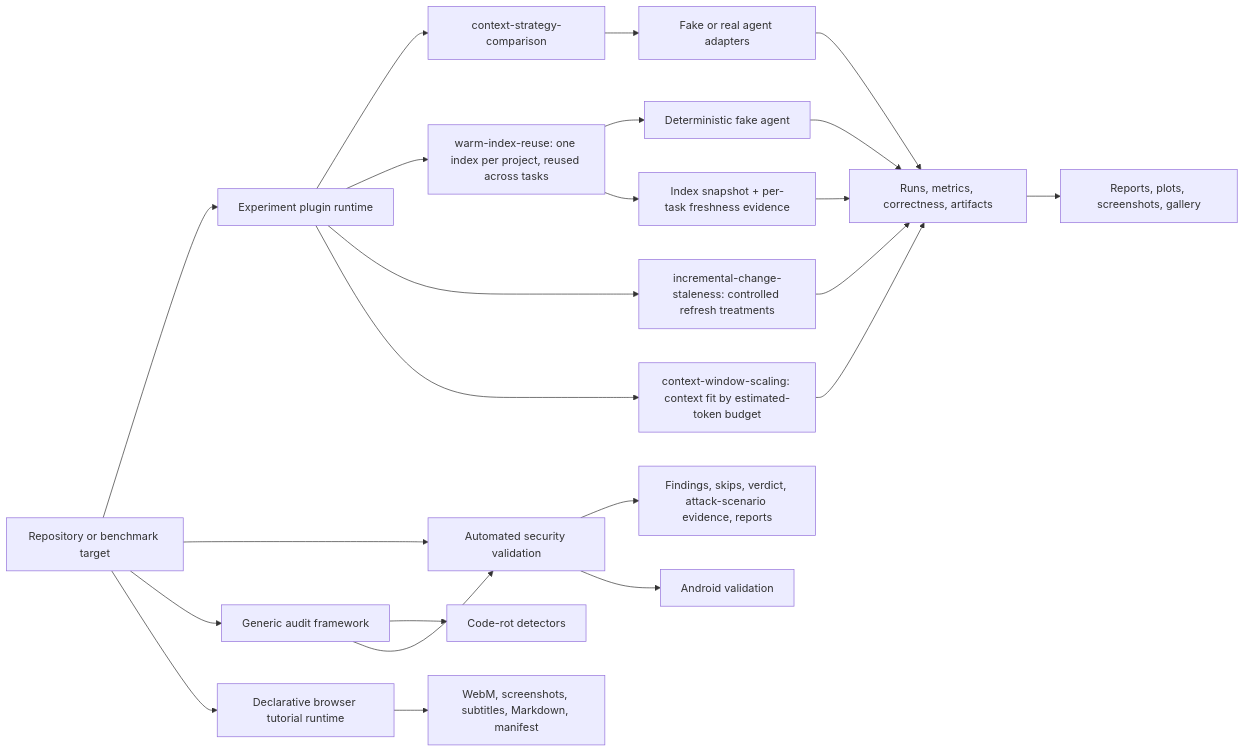
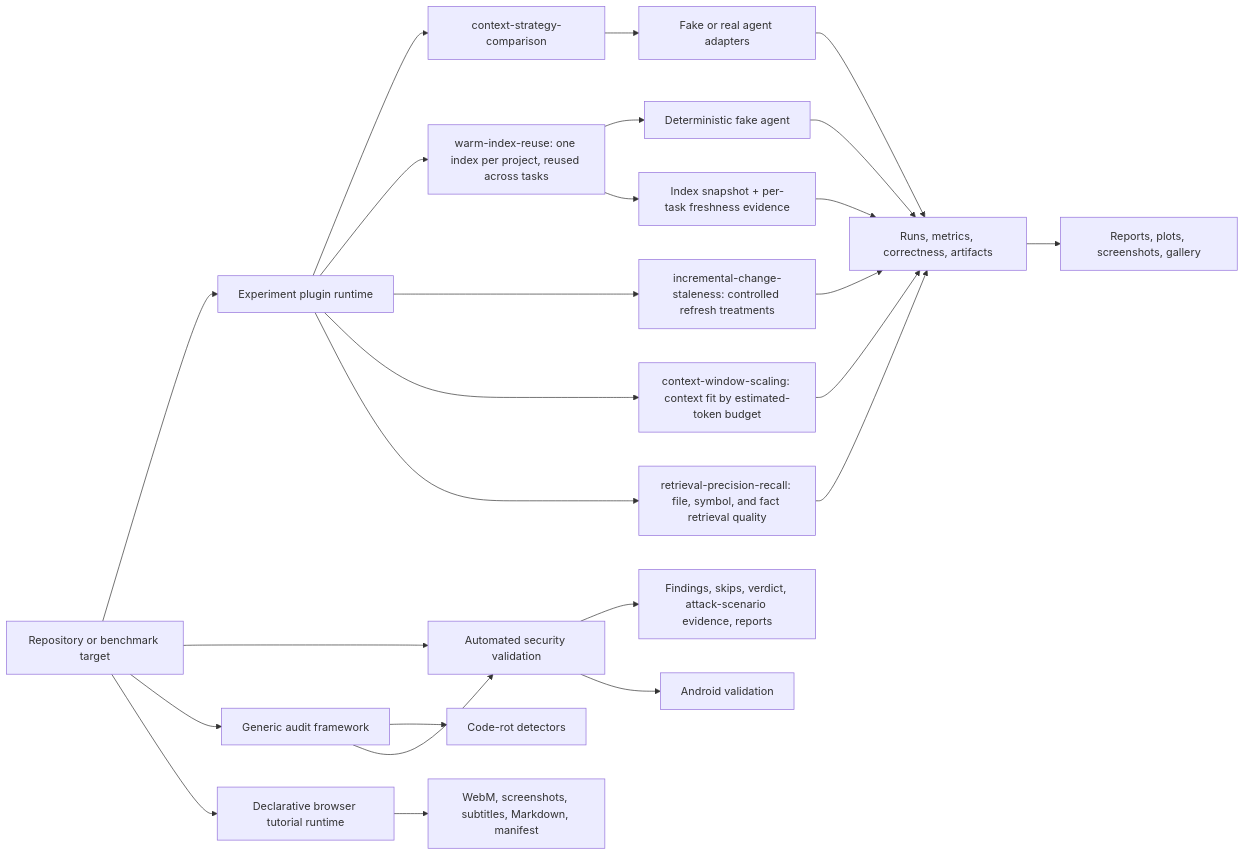
One commit to dailephd/my-dev-kit-lab changed the diagram in docs/PROJECT_OVERVIEW.md. Above: the diagram before and after it, drawn with Mermaid. The commit also changed other lines of this file and 9 other files, not shown here.

````diff
--- a/docs/PROJECT_OVERVIEW.md
+++ b/docs/PROJECT_OVERVIEW.md
@@ -49,28 +53,30 @@
 ```mermaid
 flowchart LR
   Target[Repository or benchmark target] --> Experiment[Experiment plugin runtime]
   Experiment --> Plugin[context-strategy-comparison]
   Experiment --> WarmPlugin[warm-index-reuse: one index per project, reused across tasks]
   Experiment --> StalenessPlugin[incremental-change-staleness: controlled refresh treatments]
   Experiment --> ScalingPlugin[context-window-scaling: context fit by estimated-token budget]
+  Experiment --> RetrievalPlugin[retrieval-precision-recall: file, symbol, and fact retrieval quality]
   Plugin --> Agents[Fake or real agent adapters]
   WarmPlugin --> FakeAgent[Deterministic fake agent]
   StalenessPlugin --> Evidence
   ScalingPlugin --> Evidence
+  RetrievalPlugin --> Evidence
   FakeAgent --> Evidence
   WarmPlugin --> IndexSnapshotFreshness[Index snapshot + per-task freshness evidence]
   IndexSnapshotFreshness --> Evidence
   Agents --> Evidence[Runs, metrics, correctness, artifacts]
   Evidence --> Reports[Reports, plots, screenshots, gallery]
 
   Target --> Security[Automated security validation]
   Security --> SecurityEvidence[Findings, skips, verdict, attack-scenario evidence, reports]
   Security --> Android[Android validation]
 
   Target --> Audit[Generic audit framework]
   Audit --> CodeRot[Code-rot detectors]
   Audit --> Security
 
   Target --> Tutorial[Declarative browser tutorial runtime]
   Tutorial --> TutorialEvidence[WebM, screenshots, subtitles, Markdown, manifest]
 ```
````
